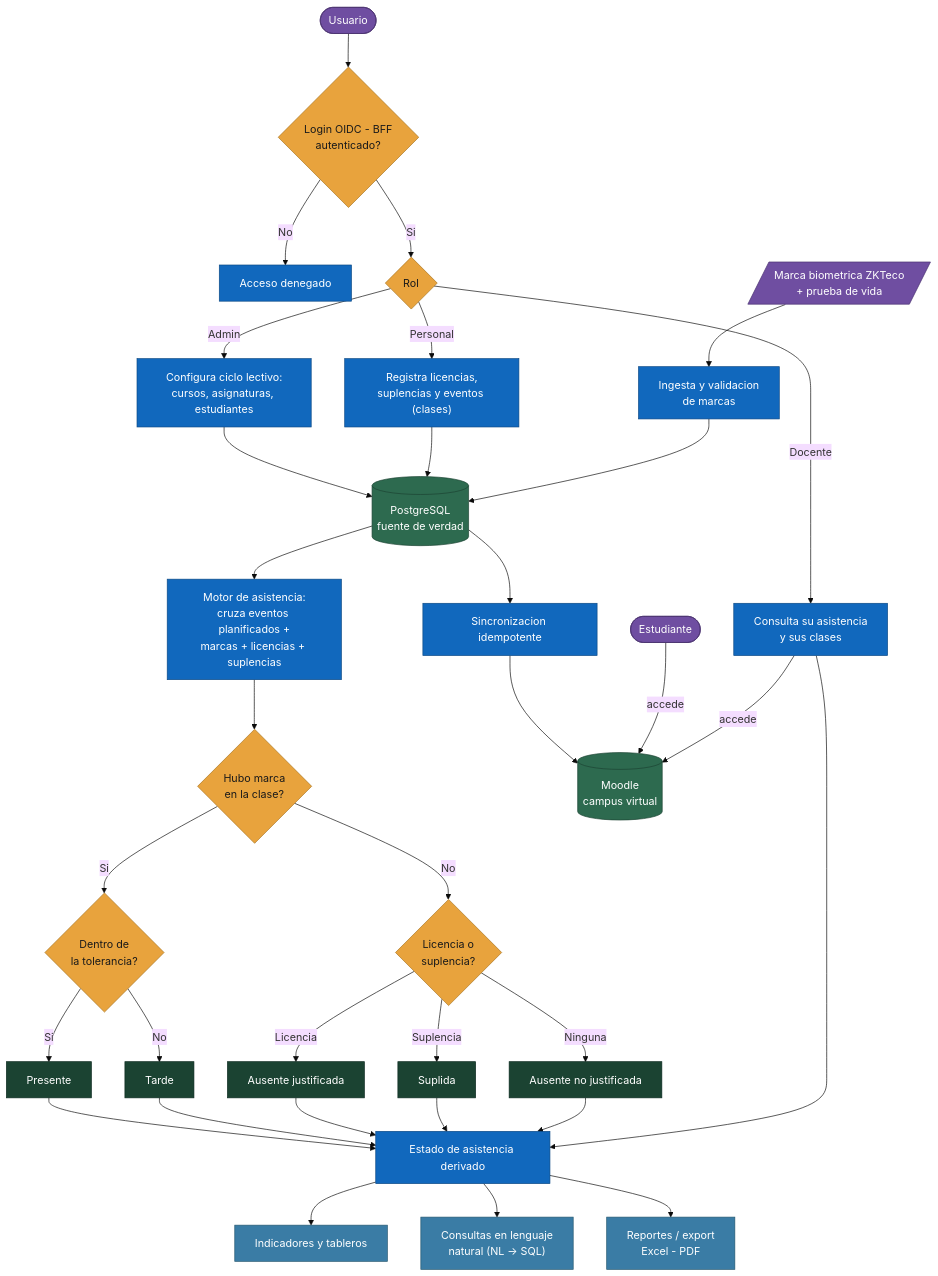
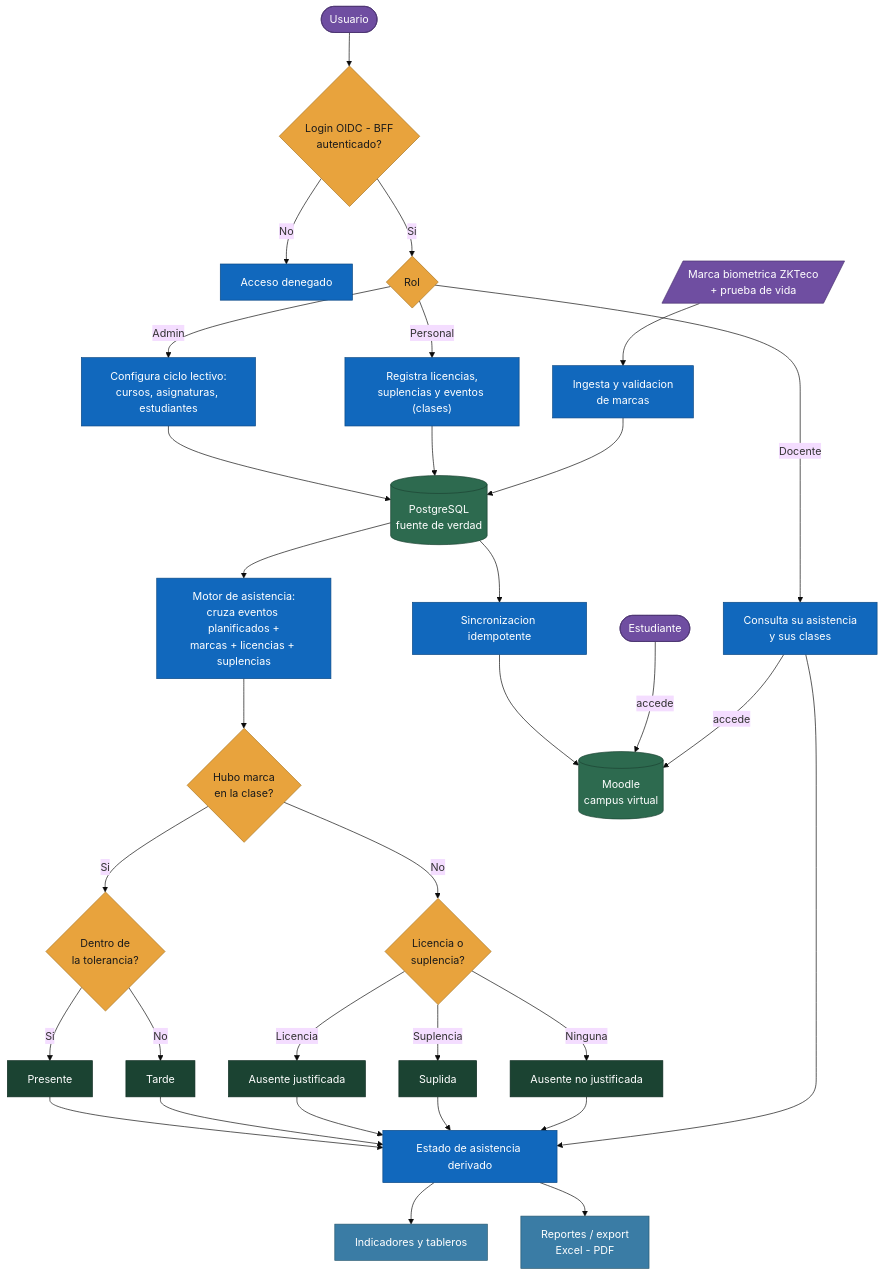
Before and after one commit to waller00/edutrack: the diagram in docs/flujo.mmd, drawn with Mermaid (base theme). The commit also changed 129 other files, not shown here.

```diff
--- a/docs/flujo.mmd
+++ b/docs/flujo.mmd
@@ -1,47 +1,46 @@
 flowchart TD
     classDef actor fill:#6f4ea1,stroke:#4a3270,color:#ffffff
     classDef proc fill:#1168bd,stroke:#0b4884,color:#ffffff
     classDef dec fill:#e8a33d,stroke:#a9741f,color:#1a1a1a
     classDef store fill:#2d6a4f,stroke:#1b4332,color:#ffffff
     classDef out fill:#3a7ca5,stroke:#24576f,color:#ffffff
     classDef state fill:#1b4332,stroke:#0c2a20,color:#ffffff
 
     U([Usuario]):::actor --> LOGIN{Login OIDC - BFF<br/>autenticado?}:::dec
     LOGIN -->|No| REJECT[Acceso denegado]:::proc
     LOGIN -->|Si| ROLE{Rol}:::dec
 
     ROLE -->|Admin| CFG["Configura ciclo lectivo:<br/>cursos, asignaturas, estudiantes"]:::proc
     ROLE -->|Personal| OPS["Registra licencias,<br/>suplencias y eventos (clases)"]:::proc
     ROLE -->|Docente| CONS["Consulta su asistencia<br/>y sus clases"]:::proc
 
     ZK[/"Marca biometrica ZKTeco<br/>+ prueba de vida"/]:::actor --> INGEST["Ingesta y validacion<br/>de marcas"]:::proc
 
     CFG --> DB[("PostgreSQL<br/>fuente de verdad")]:::store
     OPS --> DB
     INGEST --> DB
 
     DB --> ENGINE["Motor de asistencia:<br/>cruza eventos planificados +<br/>marcas + licencias + suplencias"]:::proc
 
     ENGINE --> D1{Hubo marca<br/>en la clase?}:::dec
     D1 -->|Si| D2{Dentro de<br/>la tolerancia?}:::dec
     D2 -->|Si| PRES[Presente]:::state
     D2 -->|No| TARDE[Tarde]:::state
     D1 -->|No| D3{Licencia o<br/>suplencia?}:::dec
     D3 -->|Licencia| AJUST[Ausente justificada]:::state
     D3 -->|Suplencia| SUPL[Suplida]:::state
     D3 -->|Ninguna| ANJ[Ausente no justificada]:::state
 
     PRES --> ESTADO[Estado de asistencia derivado]:::proc
     TARDE --> ESTADO
     AJUST --> ESTADO
     SUPL --> ESTADO
     ANJ --> ESTADO
     CONS --> ESTADO
 
     ESTADO --> IND["Indicadores y tableros"]:::out
-    ESTADO --> NLSQL["Consultas en lenguaje<br/>natural (NL -> SQL)"]:::out
     ESTADO --> REP["Reportes / export<br/>Excel - PDF"]:::out
 
     DB --> SYNC["Sincronizacion idempotente"]:::proc --> MOODLE[("Moodle<br/>campus virtual")]:::store
     EST([Estudiante]):::actor -->|accede| MOODLE
     CONS -->|accede| MOODLE
```
